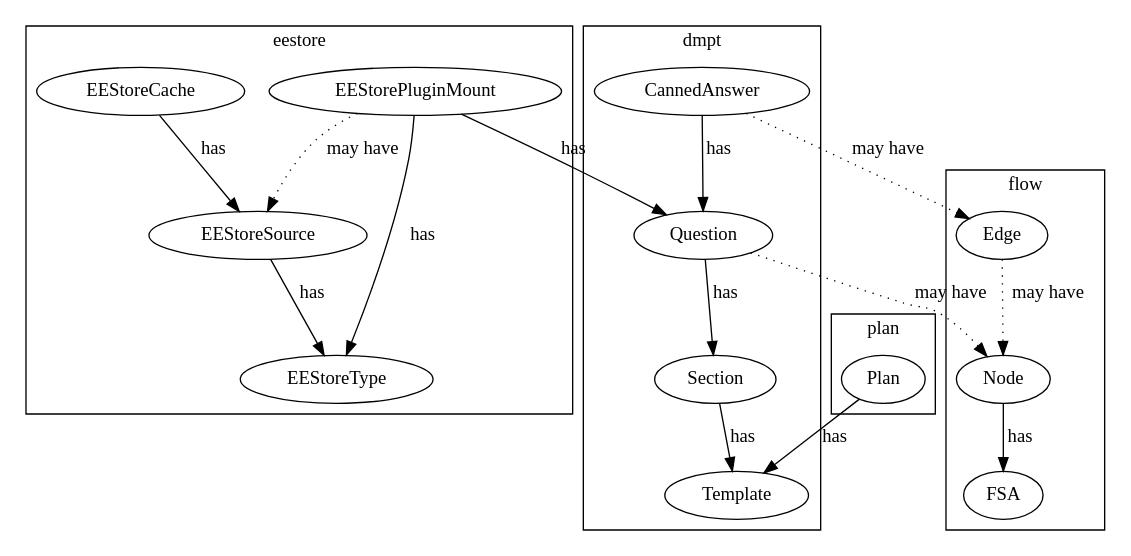
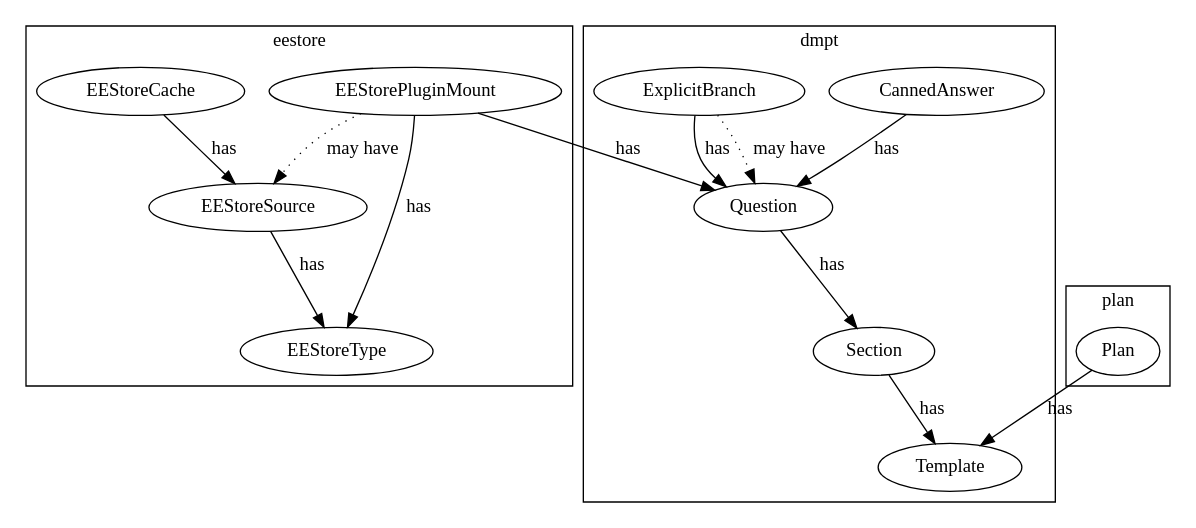
Before and after one commit to hmpf/easydmp: the diagram in docs/images/model.dot, drawn with Graphviz. The commit also changed 1 other file, not shown here.

Commit message:
Update model figure
Remove the old flow and show the new.

```diff
--- a/docs/images/model.dot
+++ b/docs/images/model.dot
@@ -1,30 +1,23 @@
 digraph model {
     subgraph  cluster_eestore {
         label="eestore";
         EEStorePluginMount -> EEStoreType [label="has"];
         EEStorePluginMount -> EEStoreSource [style=dotted, label="may have"];
         EEStoreSource -> EEStoreType [label="has"];
         EEStoreCache -> EEStoreSource [label="has"];
     }
     EEStorePluginMount -> Question [label="has"];
     subgraph cluster_dmpt {
         label="dmpt";
         Question -> Section [label="has"];
         Section -> Template [label="has"];
         CannedAnswer -> Question [label="has"];
+        ExplicitBranch -> Question [label="has"];
+        ExplicitBranch -> Question [style=dotted, label="may have"];
     }
     subgraph  cluster_plan {
         label="plan";
         Plan;
     }
     Plan -> Template [label="has"];
-    node[group=right];
-    subgraph  cluster_flow {
-        label="flow";
-        "Edge" -> "Node" [style=dotted, label="may have"];
-        "Node" -> "FSA" [label="has"];
-    }
-    Question -> "Node" [style=dotted, label="may have"];
-    CannedAnswer -> "Edge" [style=dotted, label="may have"];
-    node[group=left];
 }
```
